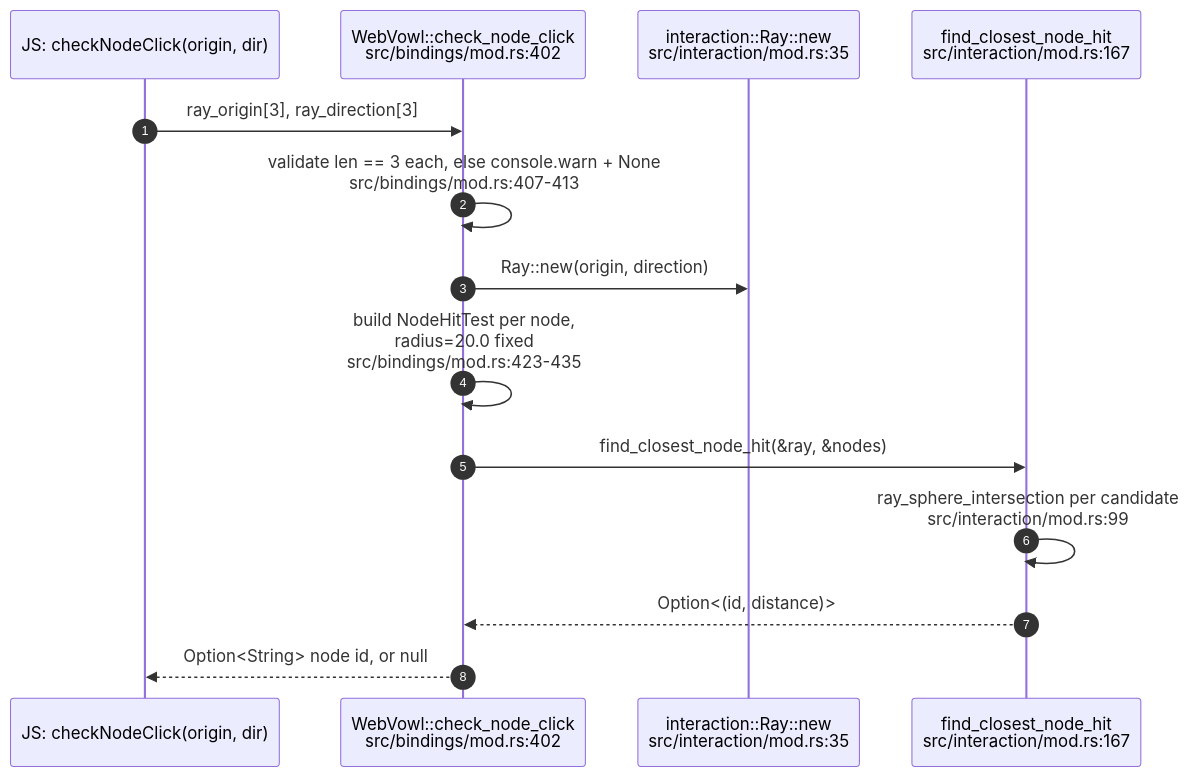
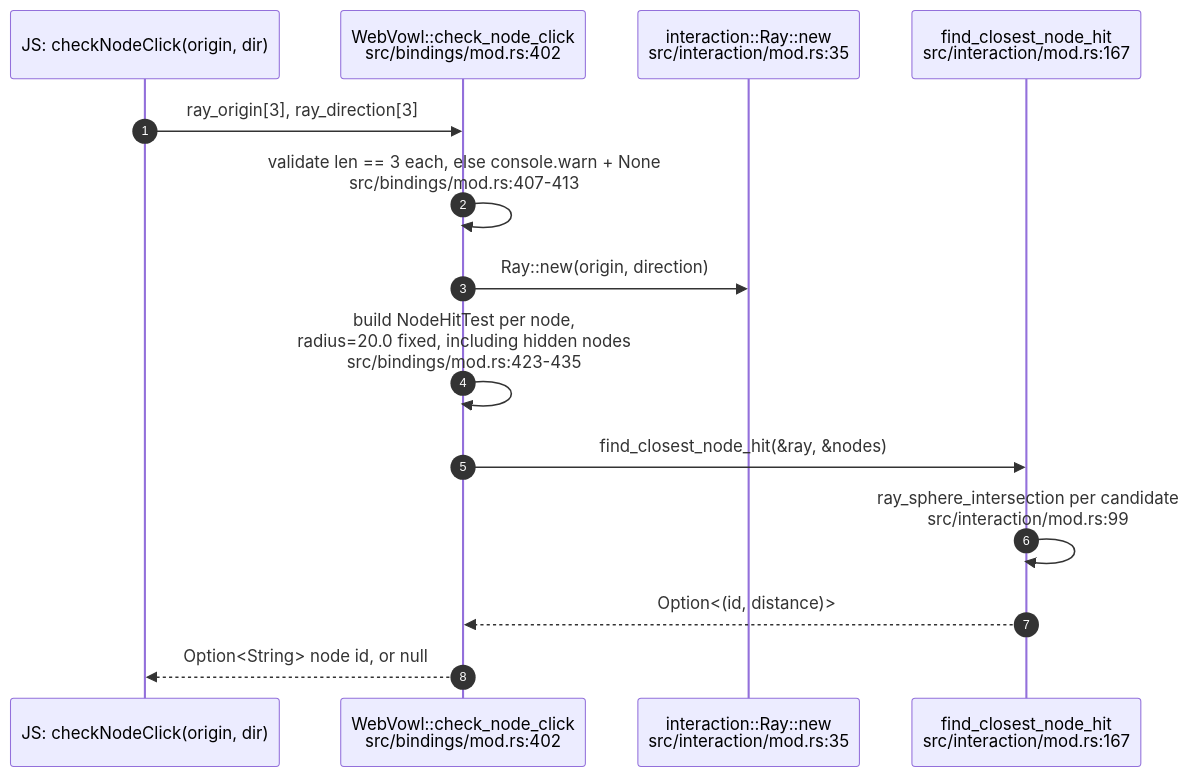
One commit to DreamLab-AI/VisionFlow changed the third of 7 diagrams in docs/diagrams/vowl-wasm/04-js-api-examples-and-consumers.md. Above: the diagram before and after it, drawn with Mermaid. The commit also changed other lines of this file and 27 other files, not shown here.

````diff
--- a/docs/diagrams/vowl-wasm/04-js-api-examples-and-consumers.md
+++ b/docs/diagrams/vowl-wasm/04-js-api-examples-and-consumers.md
@@ -68,16 +61,16 @@
 ```mermaid
 sequenceDiagram
     autonumber
     participant JS as JS: checkNodeClick(origin, dir)
     participant WV as WebVowl::check_node_click<br/>src/bindings/mod.rs:402
     participant R as interaction::Ray::new<br/>src/interaction/mod.rs:35
     participant F as find_closest_node_hit<br/>src/interaction/mod.rs:167
     JS->>WV: ray_origin[3], ray_direction[3]
     WV->>WV: validate len == 3 each, else console.warn + None<br/>src/bindings/mod.rs:407-413
     WV->>R: Ray::new(origin, direction)
-    WV->>WV: build NodeHitTest per node,<br/>radius=20.0 fixed<br/>src/bindings/mod.rs:423-435
+    WV->>WV: build NodeHitTest per node,<br/>radius=20.0 fixed, including hidden nodes<br/>src/bindings/mod.rs:423-435
     WV->>F: find_closest_node_hit(&ray, &nodes)
     F->>F: ray_sphere_intersection per candidate<br/>src/interaction/mod.rs:99
     F-->>WV: Option<(id, distance)>
     WV-->>JS: Option<String> node id, or null
 ```
````
